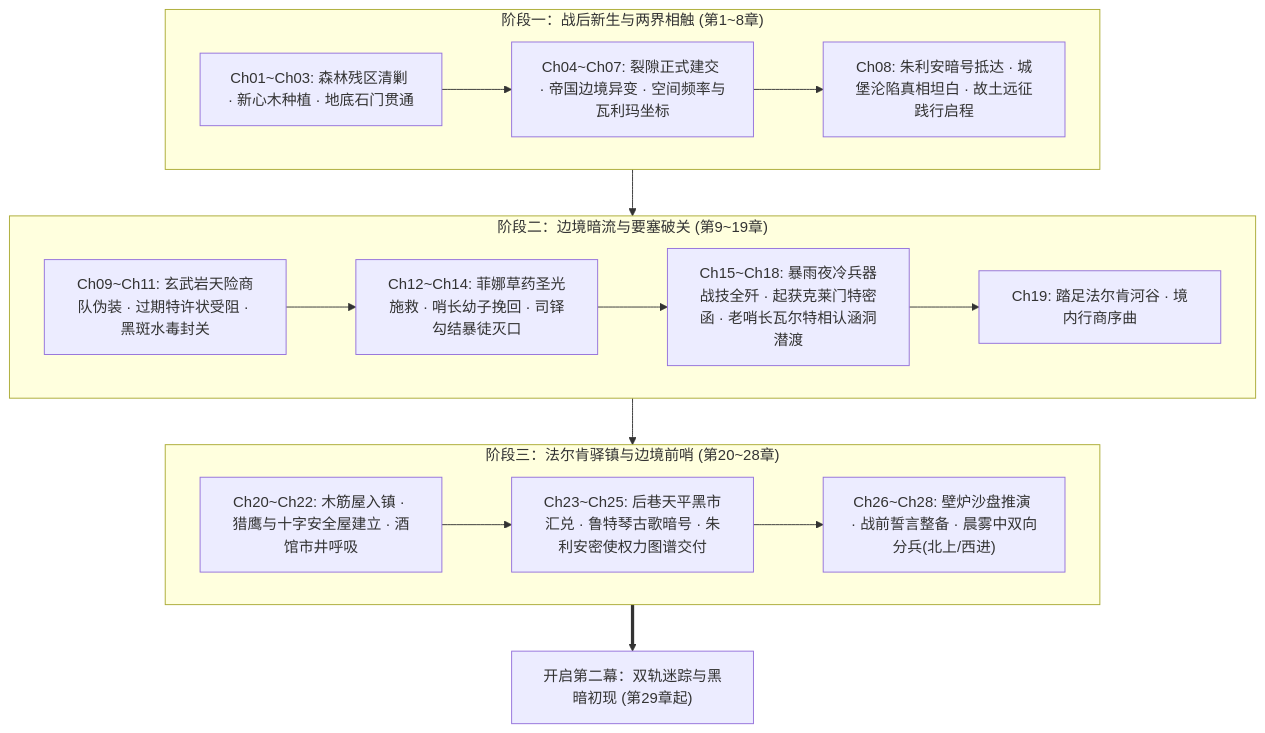
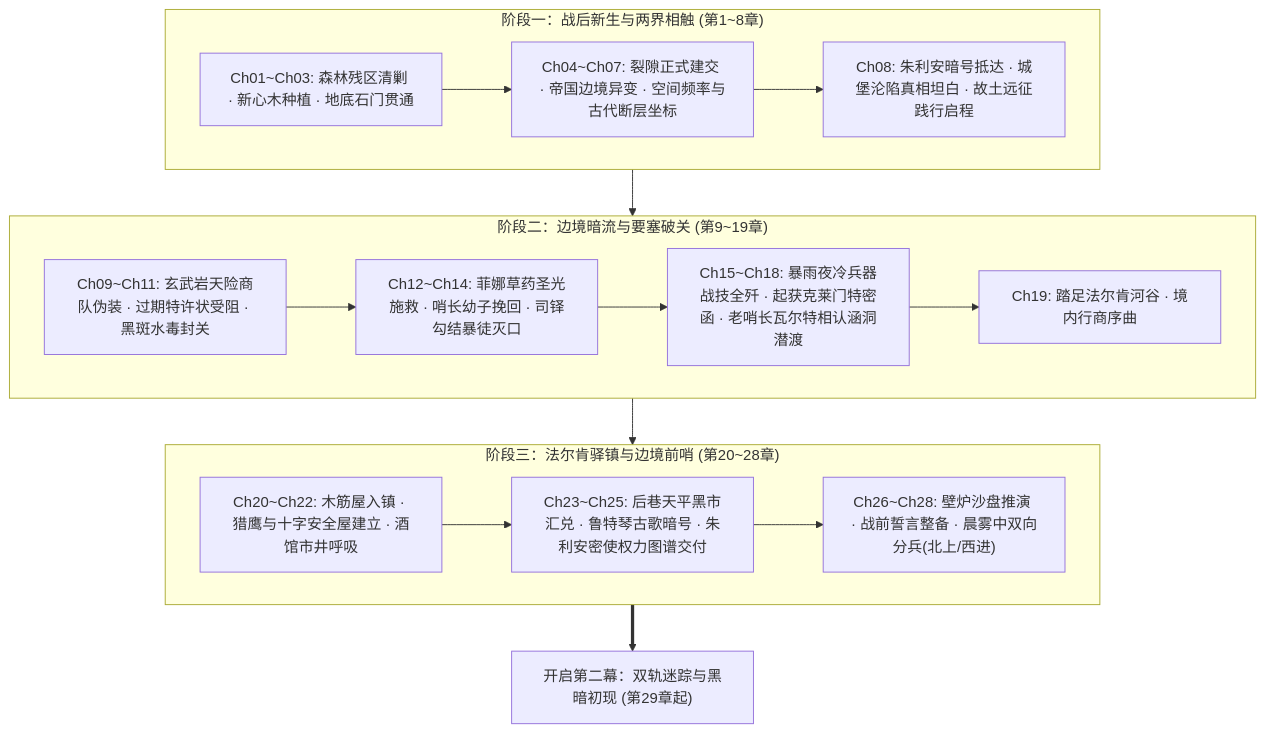
Before and after one commit to soranokiseki1437/eldoria-worldbook: the diagram in 方案/第二部/主线与世界扩充方案/分阶段详规/第一幕_阶段三_法尔肯驿镇与边境前哨详规.md, drawn with Mermaid. The commit also changed 9 other files, not shown here.

````diff
--- a/方案/第二部/主线与世界扩充方案/分阶段详规/第一幕_阶段三_法尔肯驿镇与边境前哨详规.md
+++ b/方案/第二部/主线与世界扩充方案/分阶段详规/第一幕_阶段三_法尔肯驿镇与边境前哨详规.md
@@ -168,27 +168,27 @@
 ```mermaid
 graph TD
     subgraph M1S1["阶段一：战后新生与两界相触 (第1~8章)"]
         S1_1["Ch01~Ch03: 森林残区清剿 · 新心木种植 · 地底石门贯通"]
-        S1_2["Ch04~Ch07: 裂隙正式建交 · 帝国边境异变 · 空间频率与瓦利玛坐标"]
+        S1_2["Ch04~Ch07: 裂隙正式建交 · 帝国边境异变 · 空间频率与古代断层坐标"]
         S1_3["Ch08: 朱利安暗号抵达 · 城堡沦陷真相坦白 · 故土远征践行启程"]
         S1_1 --> S1_2 --> S1_3
     end
 
     subgraph M1S2["阶段二：边境暗流与要塞破关 (第9~19章)"]
         S2_1["Ch09~Ch11: 玄武岩天险商队伪装 · 过期特许状受阻 · 黑斑水毒封关"]
         S2_2["Ch12~Ch14: 菲娜草药圣光施救 · 哨长幼子挽回 · 司铎勾结暴徒灭口"]
         S2_3["Ch15~Ch18: 暴雨夜冷兵器战技全歼 · 起获克莱门特密函 · 老哨长瓦尔特相认涵洞潜渡"]
         S2_4["Ch19: 踏足法尔肯河谷 · 境内行商序曲"]
         S2_1 --> S2_2 --> S2_3 --> S2_4
     end
 
     subgraph M1S3["阶段三：法尔肯驿镇与边境前哨 (第20~28章)"]
         S3_1["Ch20~Ch22: 木筋屋入镇 · 猎鹰与十字安全屋建立 · 酒馆市井呼吸"]
         S3_2["Ch23~Ch25: 后巷天平黑市汇兑 · 鲁特琴古歌暗号 · 朱利安密使权力图谱交付"]
         S3_3["Ch26~Ch28: 壁炉沙盘推演 · 战前誓言整备 · 晨雾中双向分兵(北上/西进)"]
         S3_1 --> S3_2 --> S3_3
     end
 
     M1S1 --> M1S2 --> M1S3
     M1S3 ==> M2["开启第二幕：双轨迷踪与黑暗初现 (第29章起)"]
 ```
````
